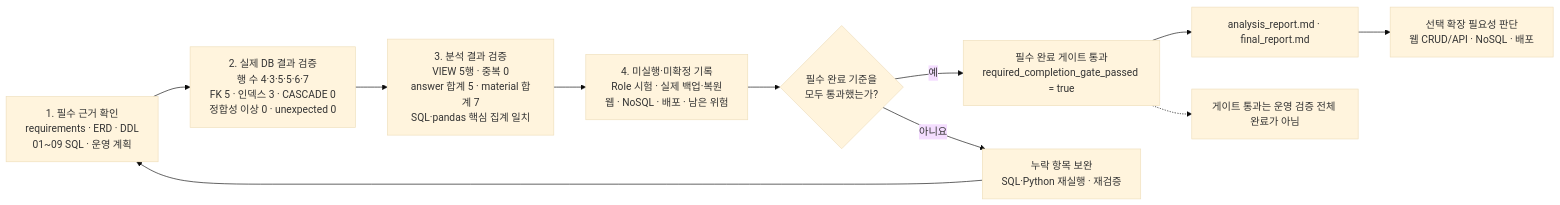
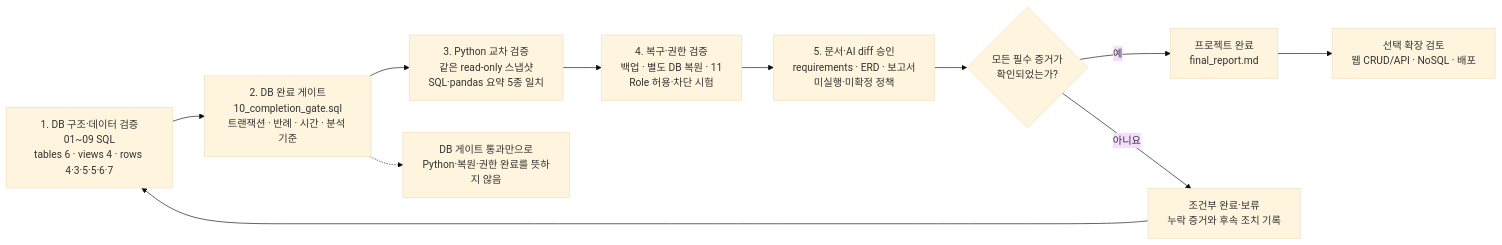
The diagram in images/chapter15/ch15_08_completion_checklist.mmd (GilbertMoon/ai-database-book), drawn with Mermaid (base theme) before and after one commit.

Commit message:
Update Chapter 15 completion gate diagram source

```diff
--- a/images/chapter15/ch15_08_completion_checklist.mmd
+++ b/images/chapter15/ch15_08_completion_checklist.mmd
@@ -1,16 +1,16 @@
 flowchart LR
-    A[1. 필수 근거 확인<br/>requirements · ERD · DDL<br/>01~09 SQL · 운영 계획]
-    B[2. 실제 DB 결과 검증<br/>행 수 4·3·5·5·6·7<br/>FK 5 · 인덱스 3 · CASCADE 0<br/>정합성 이상 0 · unexpected 0]
-    C[3. 분석 결과 검증<br/>VIEW 5행 · 중복 0<br/>answer 합계 5 · material 합계 7<br/>SQL·pandas 핵심 집계 일치]
-    D[4. 미실행·미확정 기록<br/>Role 시험 · 실제 백업·복원<br/>웹 · NoSQL · 배포 · 남은 위험]
-    E{필수 완료 기준을<br/>모두 통과했는가?}
-    F[필수 완료 게이트 통과<br/>required_completion_gate_passed = true]
-    G[analysis_report.md · final_report.md]
-    H[선택 확장 필요성 판단<br/>웹 CRUD/API · NoSQL · 배포]
-    I[누락 항목 보완<br/>SQL·Python 재실행 · 재검증]
-    N[게이트 통과는 운영 검증 전체 완료가 아님]
+    A[1. DB 구조·데이터 검증<br/>01~09 SQL<br/>tables 6 · views 4 · rows 4·3·5·5·6·7]
+    B[2. DB 완료 게이트<br/>10_completion_gate.sql<br/>트랜잭션 · 반례 · 시간 · 분석 기준]
+    C[3. Python 교차 검증<br/>같은 read-only 스냅샷<br/>SQL·pandas 요약 5종 일치]
+    D[4. 복구·권한 검증<br/>백업 · 별도 DB 복원 · 11<br/>Role 허용·차단 시험]
+    E[5. 문서·AI diff 승인<br/>requirements · ERD · 보고서<br/>미실행·미확정 정책]
+    F{모든 필수 증거가<br/>확인되었는가?}
+    G[프로젝트 완료<br/>final_report.md]
+    H[조건부 완료·보류<br/>누락 증거와 후속 조치 기록]
+    I[선택 확장 검토<br/>웹 CRUD/API · NoSQL · 배포]
+    N[DB 게이트 통과만으로<br/>Python·복원·권한 완료를 뜻하지 않음]
 
-    A --> B --> C --> D --> E
-    E -->|예| F --> G --> H
-    E -->|아니요| I --> A
-    F -.-> N
+    A --> B --> C --> D --> E --> F
+    F -->|예| G --> I
+    F -->|아니요| H --> A
+    B -.-> N
```
